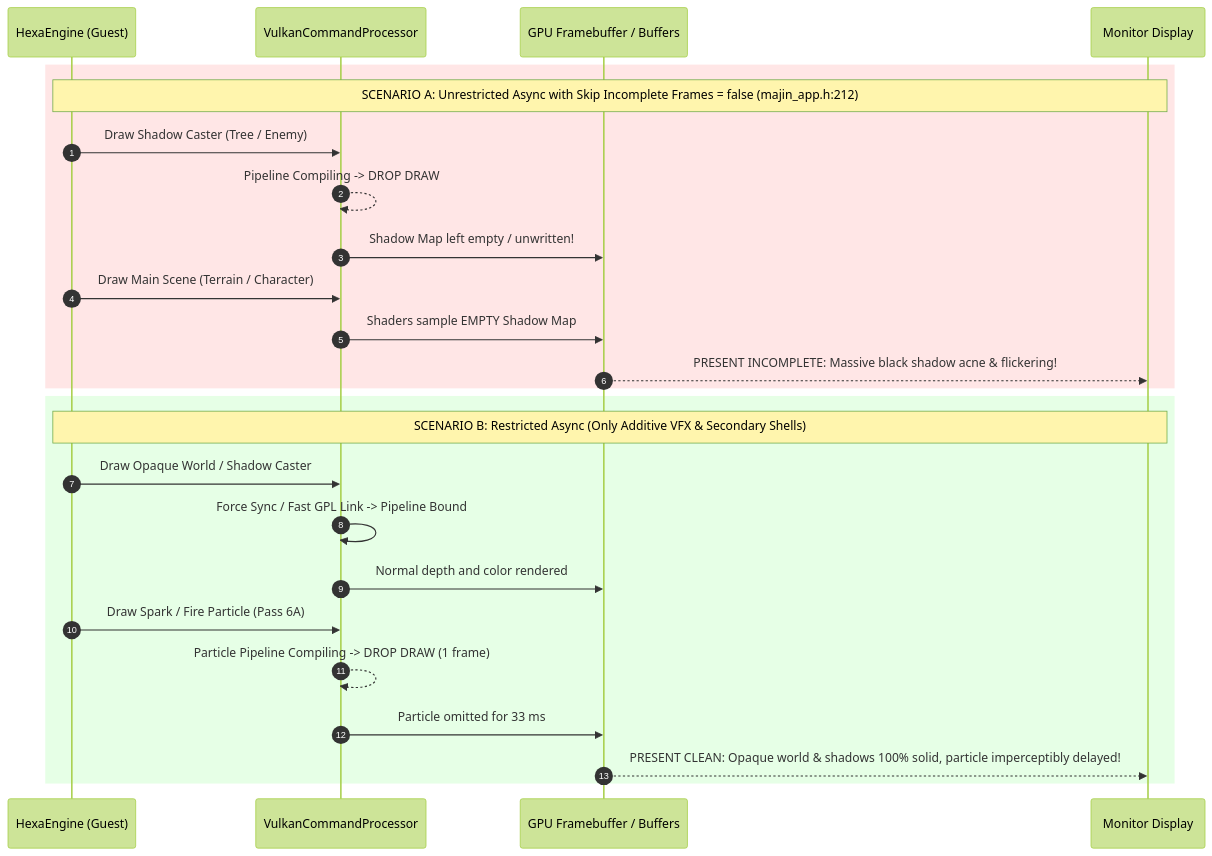
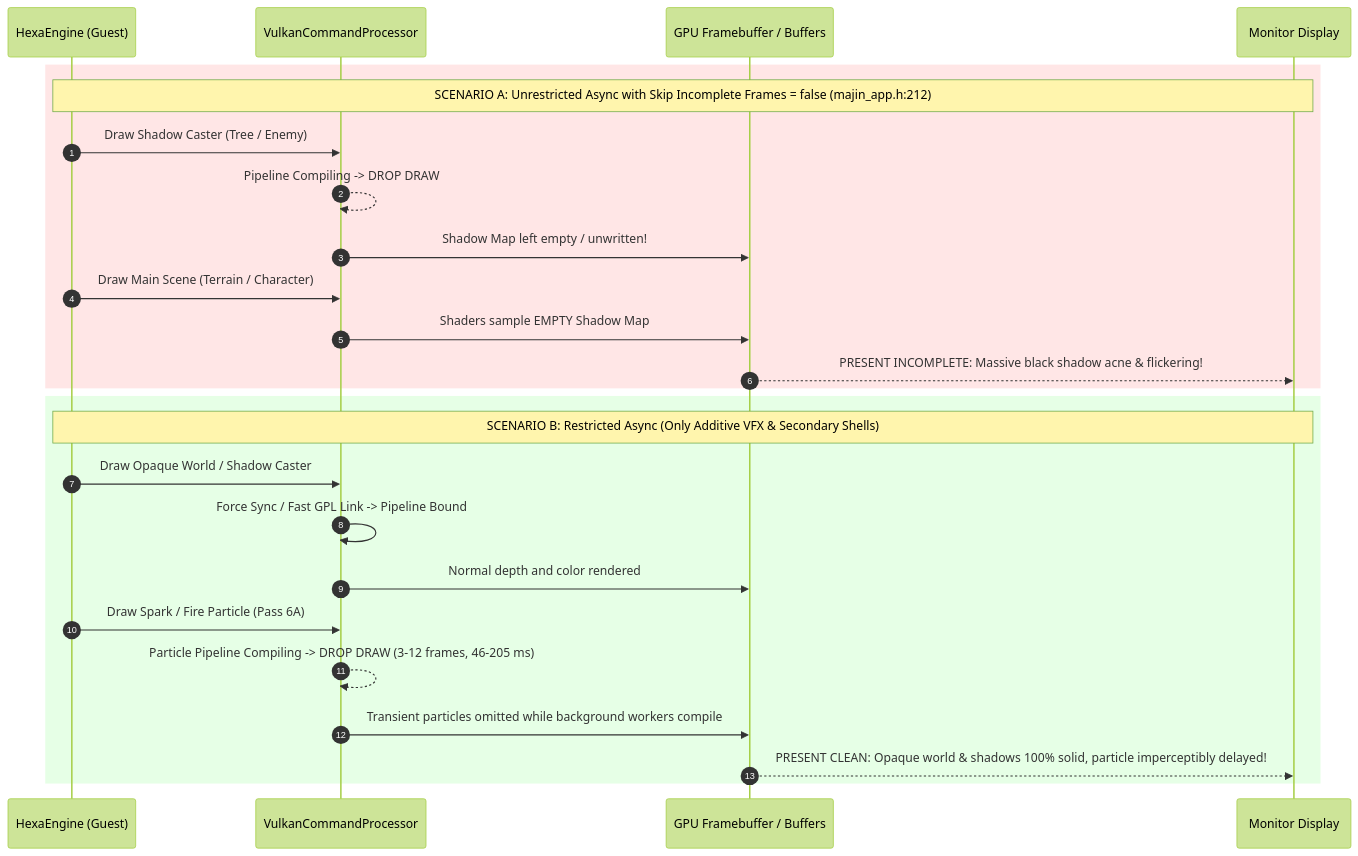
The second of 3 diagrams in docs/discovery/D6-async-safety.md (kelvynzucco/majistic-recomp), drawn with Mermaid (forest theme) before and after one commit. The commit also changed other lines of this file and 3 other files, not shown here.

````diff
--- a/docs/discovery/D6-async-safety.md
+++ b/docs/discovery/D6-async-safety.md
@@ -141,29 +141,29 @@
 ```mermaid
 sequenceDiagram
     autonumber
     participant Engine as HexaEngine (Guest)
     participant CP as VulkanCommandProcessor
     participant FBO as GPU Framebuffer / Buffers
     participant Screen as Monitor Display
 
     rect rgb(255, 230, 230)
     Note over Engine,Screen: SCENARIO A: Unrestricted Async with Skip Incomplete Frames = false (majin_app.h:212)
     Engine->>CP: Draw Shadow Caster (Tree / Enemy)
     CP-->>CP: Pipeline Compiling -> DROP DRAW
     CP->>FBO: Shadow Map left empty / unwritten!
     Engine->>CP: Draw Main Scene (Terrain / Character)
     CP->>FBO: Shaders sample EMPTY Shadow Map
     FBO-->>Screen: PRESENT INCOMPLETE: Massive black shadow acne & flickering!
     end
 
     rect rgb(230, 255, 230)
     Note over Engine,Screen: SCENARIO B: Restricted Async (Only Additive VFX & Secondary Shells)
     Engine->>CP: Draw Opaque World / Shadow Caster
     CP->>CP: Force Sync / Fast GPL Link -> Pipeline Bound
     CP->>FBO: Normal depth and color rendered
     Engine->>CP: Draw Spark / Fire Particle (Pass 6A)
-    CP-->>CP: Particle Pipeline Compiling -> DROP DRAW (1 frame)
-    CP->>FBO: Particle omitted for 33 ms
+    CP-->>CP: Particle Pipeline Compiling -> DROP DRAW (3-12 frames, 46-205 ms)
+    CP->>FBO: Transient particles omitted while background workers compile
     FBO-->>Screen: PRESENT CLEAN: Opaque world & shadows 100% solid, particle imperceptibly delayed!
     end
 ```
````
